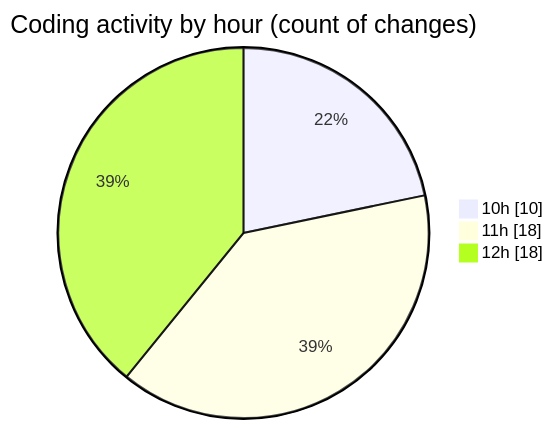
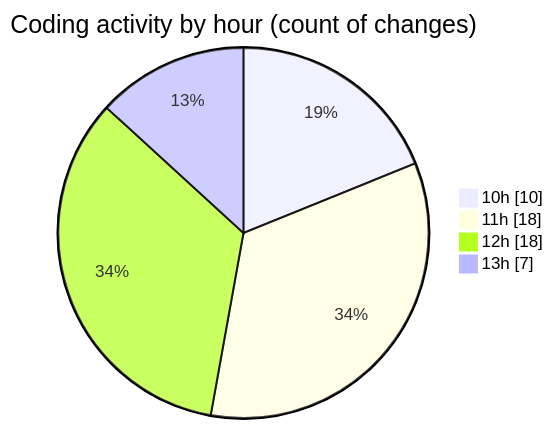
The second of 2 diagrams in 2025-07-14/cda/README.md (momahboobian/code-tracking), drawn with Mermaid before and after one commit. The commit also changed other lines of this file and 1 other file, not shown here.

````diff
--- a/2025-07-14/cda/README.md
+++ b/2025-07-14/cda/README.md
@@ -35,7 +35,8 @@
 ```mermaid
 pie showData
 title Coding activity by hour (count of changes)
 "10h" : 10
 "11h" : 18
 "12h" : 18
+"13h" : 7
 ```
````
